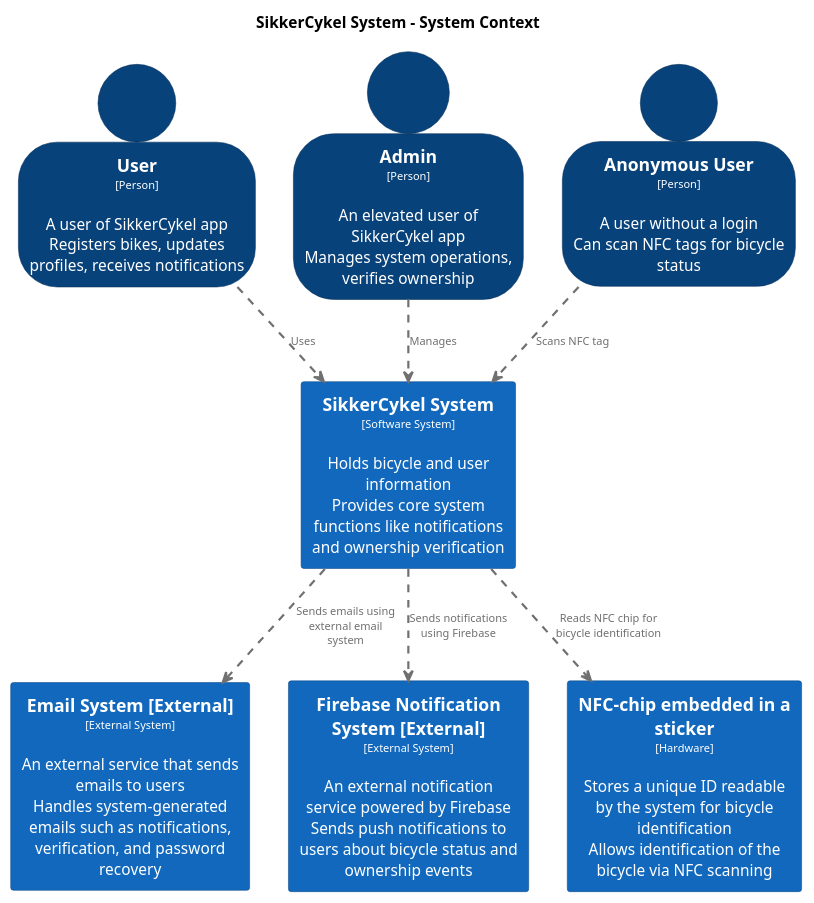
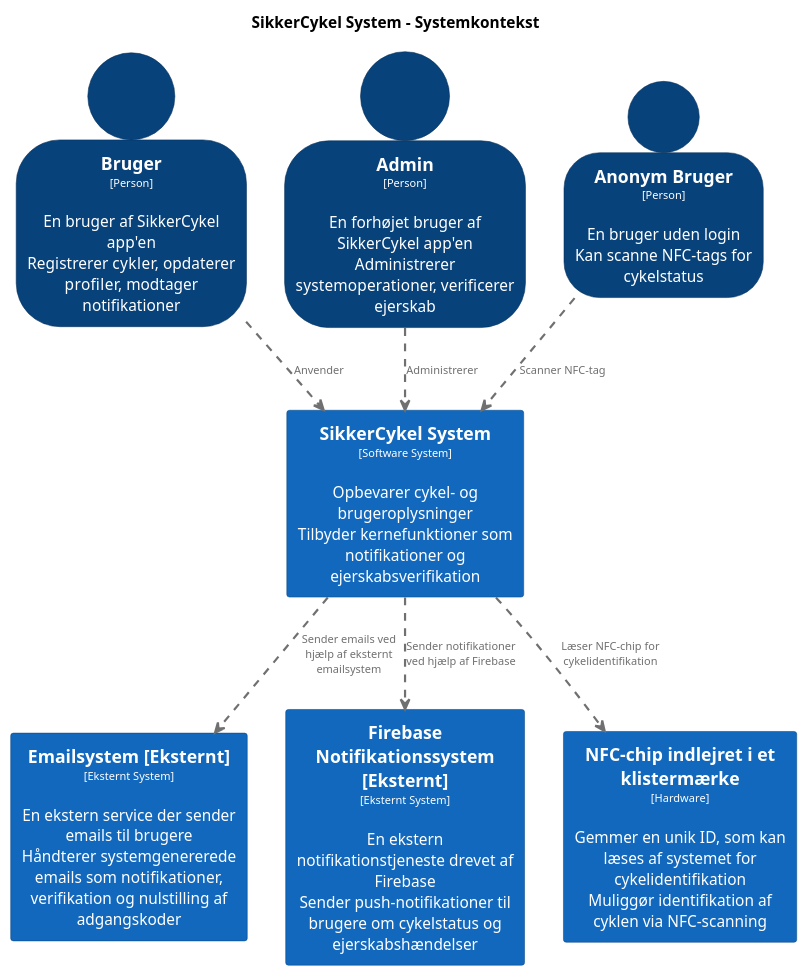
One commit to Sejehugo/SikkerCykel changed the diagram in SikkerCykel/PlantUML/c4niveau1.puml. Above: the diagram before and after it, drawn with PlantUML. The commit also changed 1 other file, not shown here.

```diff
--- a/SikkerCykel/PlantUML/c4niveau1.puml
+++ b/SikkerCykel/PlantUML/c4niveau1.puml
@@ -1,65 +1,65 @@
 @startuml
 set separator none
-title SikkerCykel System - System Context
+title SikkerCykel System - Systemkontekst
 
 top to bottom direction
 
 skinparam {
   arrowFontSize 10
   defaultTextAlignment center
   wrapWidth 200
   maxMessageSize 100
 }
 
 hide stereotype
 
 skinparam person<<Admin>> {
   BackgroundColor #08427b
   FontColor #ffffff
   BorderColor #052e56
   shadowing false
 }
 skinparam person<<AnonymousUser>> {
   BackgroundColor #08427b
   FontColor #ffffff
   BorderColor #052e56
   shadowing false
 }
 skinparam rectangle<<ExternalSystem>> {
   BackgroundColor #1168bd
   FontColor #ffffff
   BorderColor #0b4884
   shadowing false
 }
 skinparam rectangle<<SikkerCykelSystem>> {
   BackgroundColor #1168bd
   FontColor #ffffff
   BorderColor #0b4884
   shadowing false
 }
 skinparam person<<User>> {
   BackgroundColor #08427b
   FontColor #ffffff
   BorderColor #052e56
   shadowing false
 }
 
-person "==User\n<size:10>[Person]</size>\n\nA user of SikkerCykel app\nRegisters bikes, updates profiles, receives notifications" <<User>> as User
-person "==Admin\n<size:10>[Person]</size>\n\nAn elevated user of SikkerCykel app\nManages system operations, verifies ownership" <<Admin>> as Admin
-person "==Anonymous User\n<size:10>[Person]</size>\n\nA user without a login\nCan scan NFC tags for bicycle status" <<AnonymousUser>> as AnonymousUser
+person "==Bruger\n<size:10>[Person]</size>\n\nEn bruger af SikkerCykel app'en\nRegistrerer cykler, opdaterer profiler, modtager notifikationer" <<User>> as Bruger
+person "==Admin\n<size:10>[Person]</size>\n\nEn forhøjet bruger af SikkerCykel app'en\nAdministrerer systemoperationer, verificerer ejerskab" <<Admin>> as Admin
+person "==Anonym Bruger\n<size:10>[Person]</size>\n\nEn bruger uden login\nKan scanne NFC-tags for cykelstatus" <<AnonymousUser>> as AnonymBruger
 
-rectangle "==SikkerCykel System\n<size:10>[Software System]</size>\n\nHolds bicycle and user information\nProvides core system functions like notifications and ownership verification" <<SikkerCykelSystem>> as SikkerCykelSystem
+rectangle "==SikkerCykel System\n<size:10>[Software System]</size>\n\nOpbevarer cykel- og brugeroplysninger\nTilbyder kernefunktioner som notifikationer og ejerskabsverifikation" <<SikkerCykelSystem>> as SikkerCykelSystem
 
-rectangle "==Email System [External]\n<size:10>[External System]</size>\n\nAn external service that sends emails to users\nHandles system-generated emails such as notifications, verification, and password recovery" <<ExternalSystem>> as Email
+rectangle "==Emailsystem [Eksternt]\n<size:10>[Eksternt System]</size>\n\nEn ekstern service der sender emails til brugere\nHåndterer systemgenererede emails som notifikationer, verifikation og nulstilling af adgangskoder" <<ExternalSystem>> as Email
 
-rectangle "==Firebase Notification System [External]\n<size:10>[External System]</size>\n\nAn external notification service powered by Firebase\nSends push notifications to users about bicycle status and ownership events" <<ExternalSystem>> as Firebase
+rectangle "==Firebase Notifikationssystem [Eksternt]\n<size:10>[Eksternt System]</size>\n\nEn ekstern notifikationstjeneste drevet af Firebase\nSender push-notifikationer til brugere om cykelstatus og ejerskabshændelser" <<ExternalSystem>> as Firebase
 
-rectangle "==NFC-chip embedded in a sticker\n<size:10>[Hardware]</size>\n\nStores a unique ID readable by the system for bicycle identification\nAllows identification of the bicycle via NFC scanning" <<ExternalSystem>> as NFCchipinbeddedinasticker
+rectangle "==NFC-chip indlejret i et klistermærke\n<size:10>[Hardware]</size>\n\nGemmer en unik ID, som kan læses af systemet for cykelidentifikation\nMuliggør identifikation af cyklen via NFC-scanning" <<ExternalSystem>> as NFCchipindlejretiKlistermaerke
 
-AnonymousUser .[#707070,thickness=2].> SikkerCykelSystem : "<color:#707070>Scans NFC tag"
-Admin .[#707070,thickness=2].> SikkerCykelSystem : "<color:#707070>Manages"
-SikkerCykelSystem .[#707070,thickness=2].> Email : "<color:#707070>Sends emails using external email system"
-SikkerCykelSystem .[#707070,thickness=2].> Firebase : "<color:#707070>Sends notifications using Firebase"
-SikkerCykelSystem .[#707070,thickness=2].> NFCchipinbeddedinasticker : "<color:#707070>Reads NFC chip for bicycle identification"
-User .[#707070,thickness=2].> SikkerCykelSystem : "<color:#707070>Uses"
+AnonymBruger .[#707070,thickness=2].> SikkerCykelSystem : "<color:#707070>Scanner NFC-tag"
+Admin .[#707070,thickness=2].> SikkerCykelSystem : "<color:#707070>Administrerer"
+SikkerCykelSystem .[#707070,thickness=2].> Email : "<color:#707070>Sender emails ved hjælp af eksternt emailsystem"
+SikkerCykelSystem .[#707070,thickness=2].> Firebase : "<color:#707070>Sender notifikationer ved hjælp af Firebase"
+SikkerCykelSystem .[#707070,thickness=2].> NFCchipindlejretiKlistermaerke : "<color:#707070>Læser NFC-chip for cykelidentifikation"
+Bruger .[#707070,thickness=2].> SikkerCykelSystem : "<color:#707070>Anvender"
 @enduml
```
